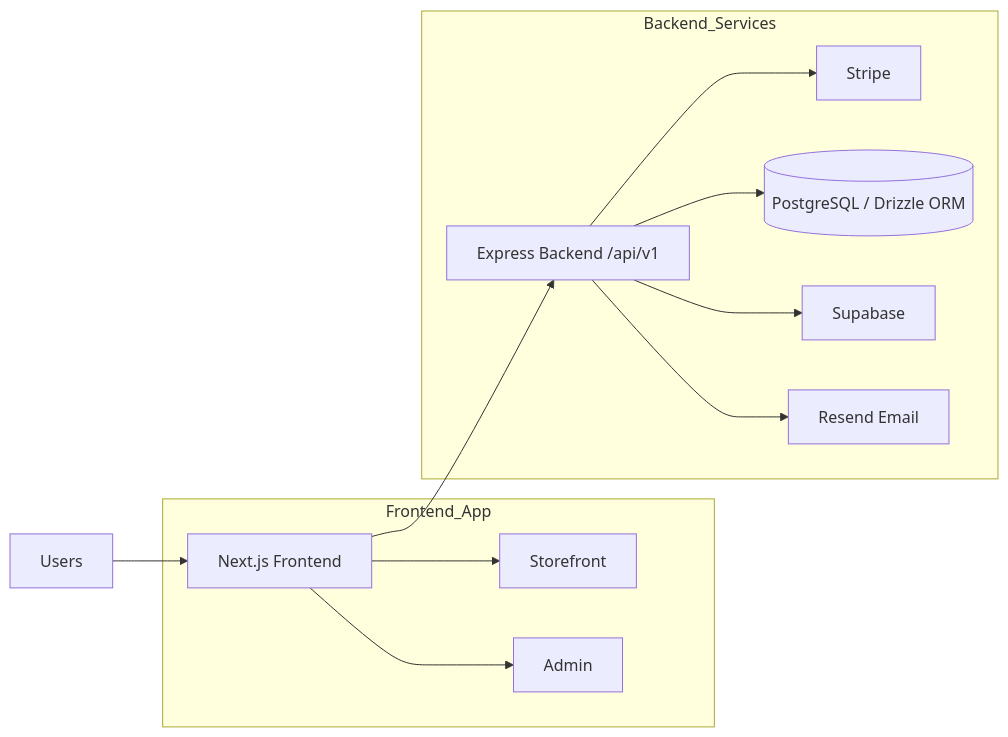
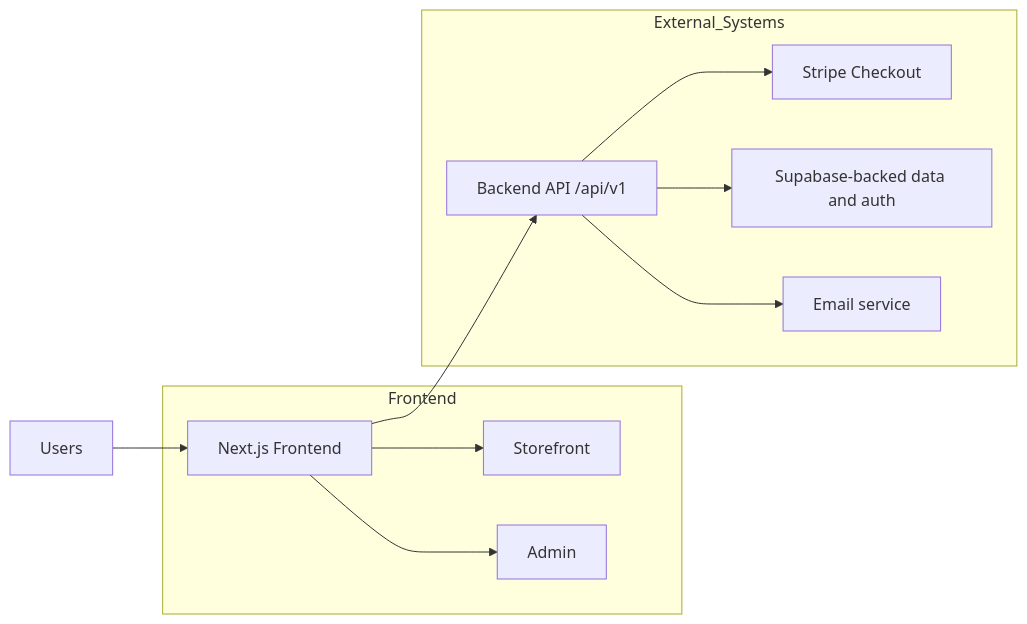
Before and after one commit to LouisDev314/popbox-studio-next: the first of 4 diagrams in README.md, drawn with Mermaid. The commit also changed other lines of this file, not shown here.

````diff
--- a/README.md
+++ b/README.md
@@ -96,19 +87,17 @@
 ```mermaid
 flowchart LR
-
     U[Users] --> N[Next.js Frontend]
 
-    subgraph Frontend_App
+    subgraph Frontend
         N --> S[Storefront]
         N --> A[Admin]
     end
 
-    N --> API[Express Backend /api/v1]
+    N --> API[Backend API /api/v1]
 
-    subgraph Backend_Services
-        API --> STRIPE[Stripe]
-        API --> DB[(PostgreSQL / Drizzle ORM)]
-        API --> SUPA[Supabase]
-        API --> EMAIL[Resend Email]
+    subgraph External_Systems
+        API --> STRIPE[Stripe Checkout]
+        API --> SUPA[Supabase-backed data and auth]
+        API --> EMAIL[Email service]
     end
 ```
````
